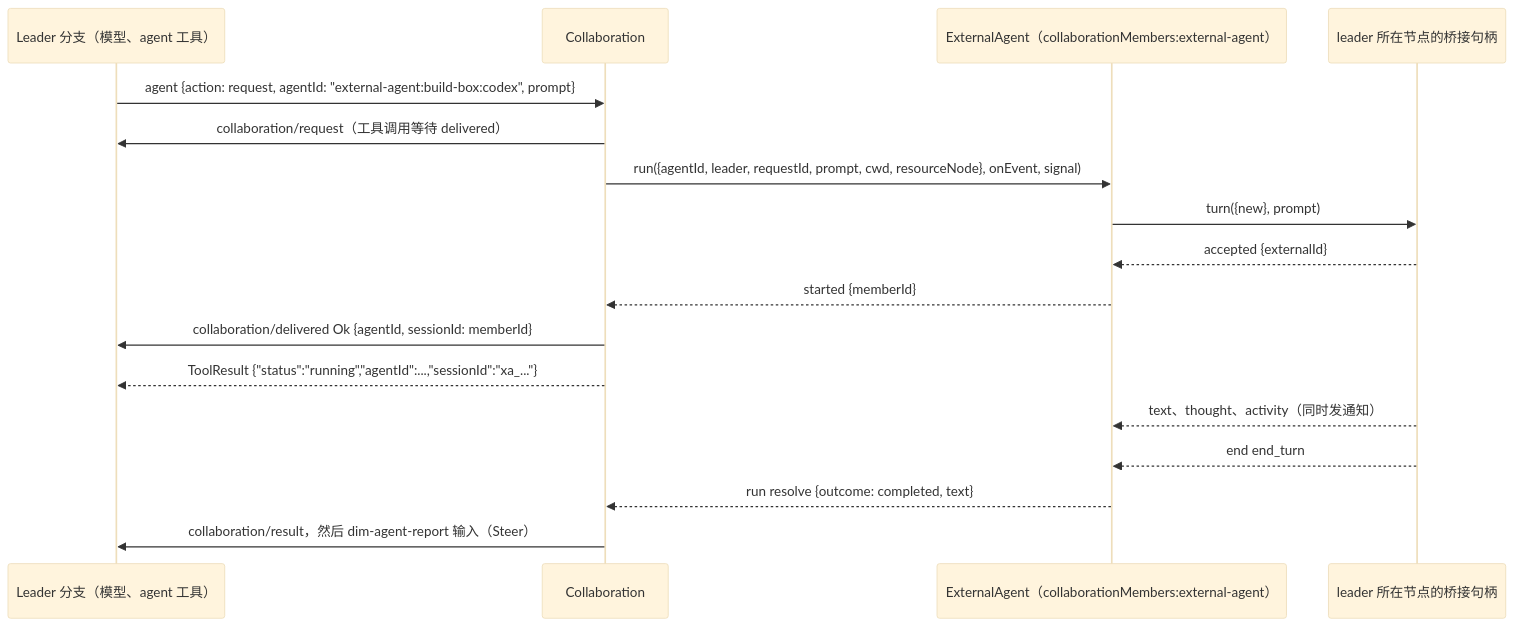
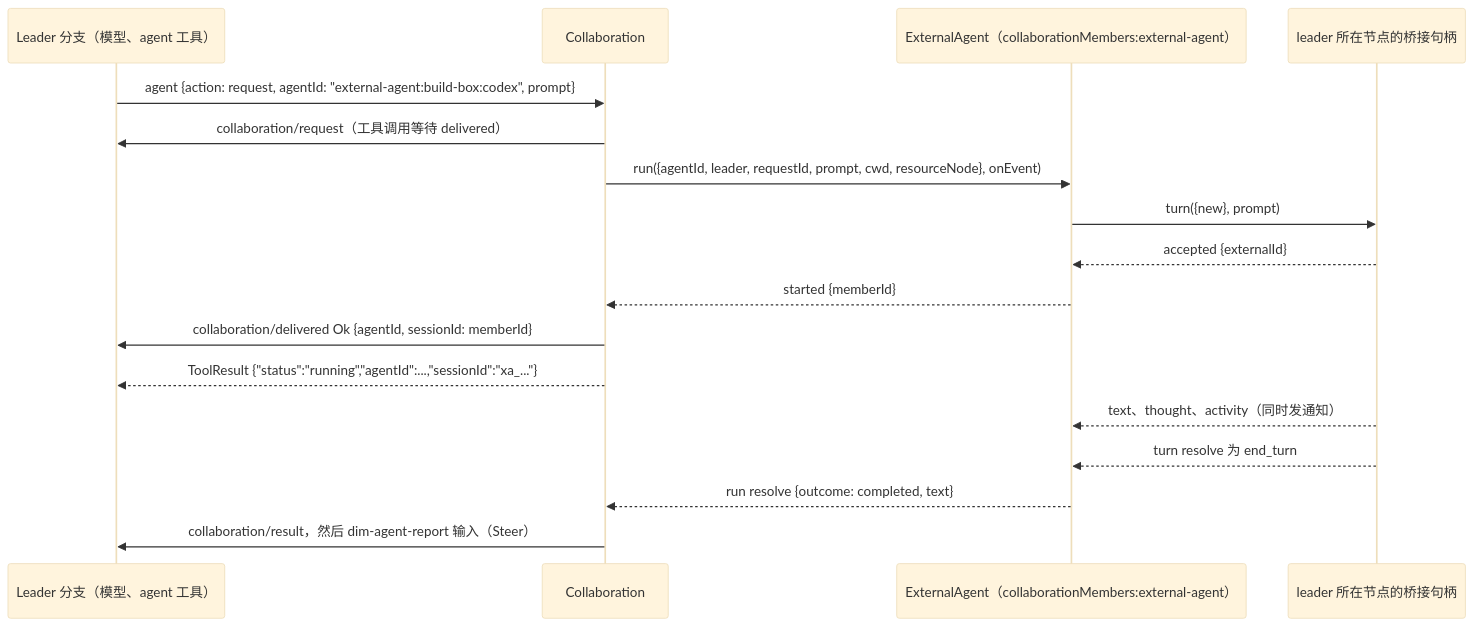
Before and after one commit to CoutinhoTTS/dim-agent: the second of 4 diagrams in docs/zh/design/plugins/ExternalAgent.md, drawn with Mermaid (base theme). The commit also changed other lines of this file and 6 other files, not shown here.

First line of the commit message:
docs(external-agent): address review on leader end, cancel, D4 and clients

````diff
--- a/docs/zh/design/plugins/ExternalAgent.md
+++ b/docs/zh/design/plugins/ExternalAgent.md
@@ -127,19 +131,19 @@
 ```mermaid
 sequenceDiagram
   participant L as Leader 分支（模型、agent 工具）
   participant C as Collaboration
   participant X as ExternalAgent（collaborationMembers:external-agent）
   participant B as leader 所在节点的桥接句柄
   L->>C: agent {action: request, agentId: "external-agent:build-box:codex", prompt}
   C->>L: collaboration/request（工具调用等待 delivered）
-  C->>X: run({agentId, leader, requestId, prompt, cwd, resourceNode}, onEvent, signal)
+  C->>X: run({agentId, leader, requestId, prompt, cwd, resourceNode}, onEvent)
   X->>B: turn({new}, prompt)
   B-->>X: accepted {externalId}
   X-->>C: started {memberId}
   C->>L: collaboration/delivered Ok {agentId, sessionId: memberId}
   C-->>L: ToolResult {"status":"running","agentId":...,"sessionId":"xa_..."}
   B-->>X: text、thought、activity（同时发通知）
-  B-->>X: end end_turn
+  B-->>X: turn resolve 为 end_turn
   X-->>C: run resolve {outcome: completed, text}
   C->>L: collaboration/result，然后 dim-agent-report 输入（Steer）
 ```
````
